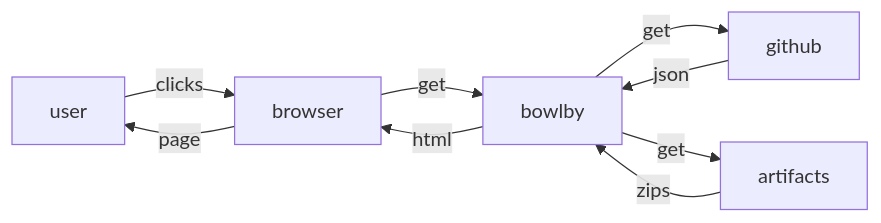
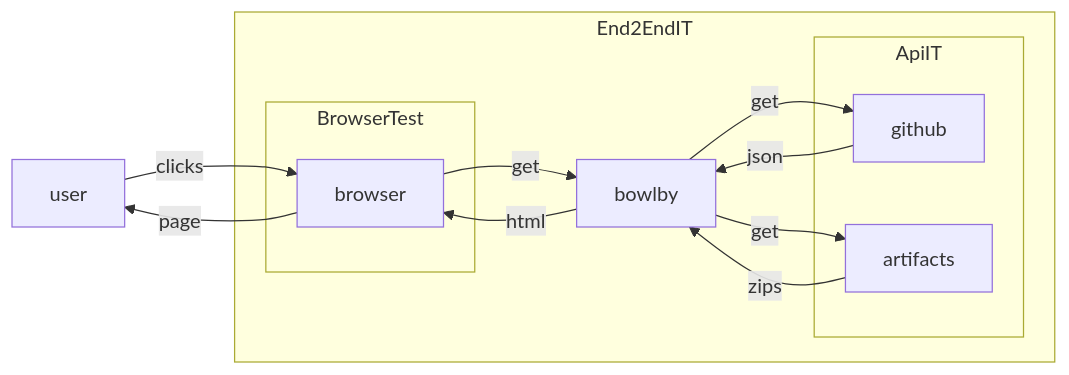
The diagram in test/README.md (therealryan/bowlby), drawn with Mermaid before and after one commit. The commit also changed other lines of this file and 5 other files, not shown here.

````diff
--- a/test/README.md
+++ b/test/README.md
@@ -6,11 +7,29 @@
 ```mermaid
 flowchart LR
   user --clicks--> browser
   browser --page--> user
   browser --get--> bowlby
   bowlby --html--> browser
   bowlby --get--> github
   github --json--> bowlby
   bowlby --get--> artifacts
   artifacts --zips--> bowlby
+
+  subgraph BrowserTest
+  browser
+  end
+
+  subgraph ApiIT
+  github
+  artifacts
+  end
+
+  subgraph End2EndIT
+  browser
+  bowlby
+  github
+  artifacts
+  BrowserTest
+  ApiIT
+  end
 ```
````
